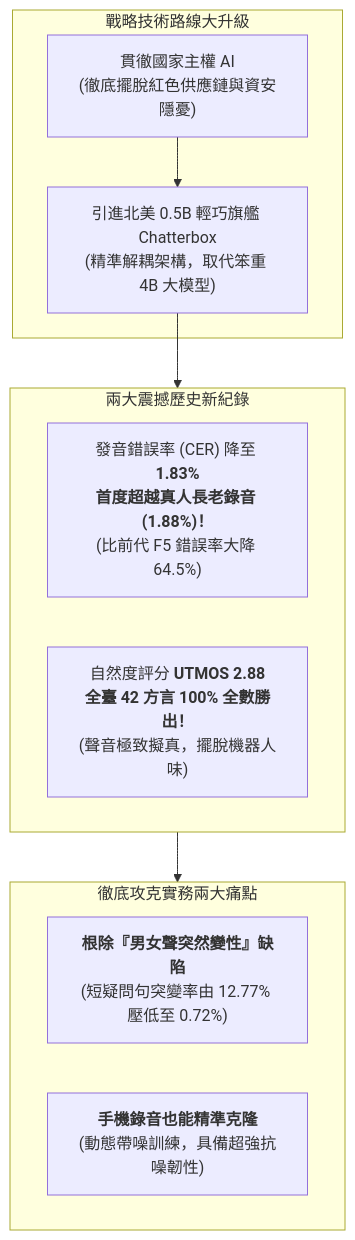
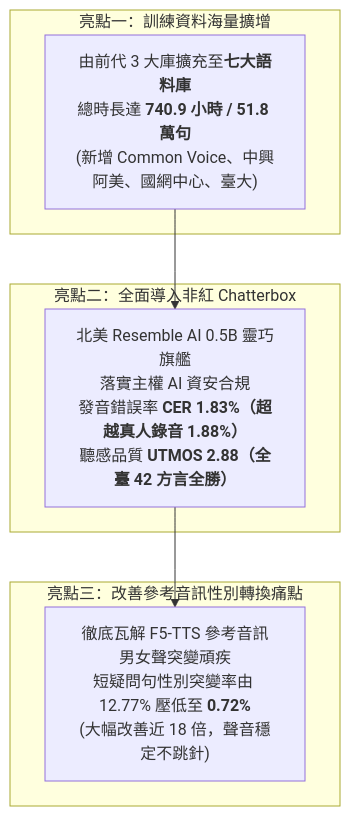
One commit to Voxmosa/Formosan-AI-Reports changed the first of 5 diagrams in reports/2026-10-20/tts_simplified_report.md. Above: the diagram before and after it, drawn with Mermaid. The commit also changed other lines of this file and 2 other files, not shown here.

Commit message:
docs(tts-report): update titles and content to emphasize 3 key highlights in Chatterbox TTS

````diff
--- a/reports/2026-10-20/tts_simplified_report.md
+++ b/reports/2026-10-20/tts_simplified_report.md
@@ -21,18 +21,14 @@
 ```mermaid
 flowchart TD
-    subgraph S1 ["戰略技術路線大升級"]
-        A1["貫徹國家主權 AI<br/>(徹底擺脫紅色供應鏈與資安隱憂)"]
-        A2["引進北美 0.5B 輕巧旗艦 Chatterbox<br/>(精準解耦架構，取代笨重 4B 大模型)"]
-        A1 --> A2
+    subgraph S1 ["亮點一：訓練資料海量擴增"]
+        A1["由前代 3 大庫擴充至<b>七大語料庫</b><br/>總時長達 <b>740.9 小時 / 51.8 萬句</b><br/>(新增 Common Voice、中興阿美、國網中心、臺大)"]
     end
-    subgraph S2 ["兩大震撼歷史新紀錄"]
-        B1["發音錯誤率 (CER) 降至 <b>1.83%</b><br/><b>首度超越真人長老錄音 (1.88%)！</b><br/>(比前代 F5 錯誤率大降 64.5%)"]
-        B2["自然度評分 <b>UTMOS 2.88</b><br/><b>全臺 42 方言 100% 全數勝出！</b><br/>(聲音極致擬真，擺脫機器人味)"]
+    subgraph S2 ["亮點二：全面導入非紅 Chatterbox"]
+        B1["北美 Resemble AI 0.5B 靈巧旗艦<br/>落實主權 AI 資安合規<br/>發音錯誤率 <b>CER 1.83%（超越真人錄音 1.88%）</b><br/>聽感品質 <b>UTMOS 2.88（全臺 42 方言全勝）</b>"]
     end
-    subgraph S3 ["徹底攻克實務兩大痛點"]
-        C1["<b>根除『男女聲突然變性』缺陷</b><br/>(短疑問句突變率由 12.77% 壓低至 0.72%)"]
-        C2["<b>手機錄音也能精準克隆</b><br/>(動態帶噪訓練，具備超強抗噪韌性)"]
+    subgraph S3 ["亮點三：改善參考音訊性別轉換痛點"]
+        C1["徹底瓦解 F5-TTS 參考音訊男女聲突變頑疾<br/>短疑問句性別突變率由 12.77% 壓低至 <b>0.72%</b><br/>(大幅改善近 18 倍，聲音穩定不跳針)"]
     end
-    A2 --> S2
-    S2 --> S3
+    A1 --> B1
+    B1 --> C1
 ```
````
